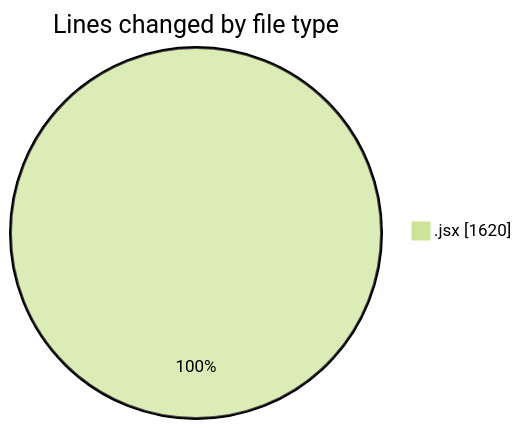
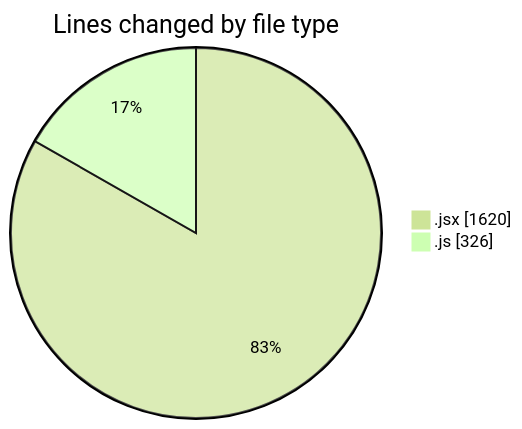
The first of 2 diagrams in 2025-05-15/argos-dev/README.md (nxtqubesakshisongat/code-tracking), drawn with Mermaid (forest theme) before and after one commit. The commit also changed other lines of this file and 1 other file, not shown here.

````diff
--- a/2025-05-15/argos-dev/README.md
+++ b/2025-05-15/argos-dev/README.md
@@ -23,5 +24,6 @@
 ```mermaid
 pie showData
 title Lines changed by file type
 ".jsx" : 1620
+".js" : 326
 ```
````
